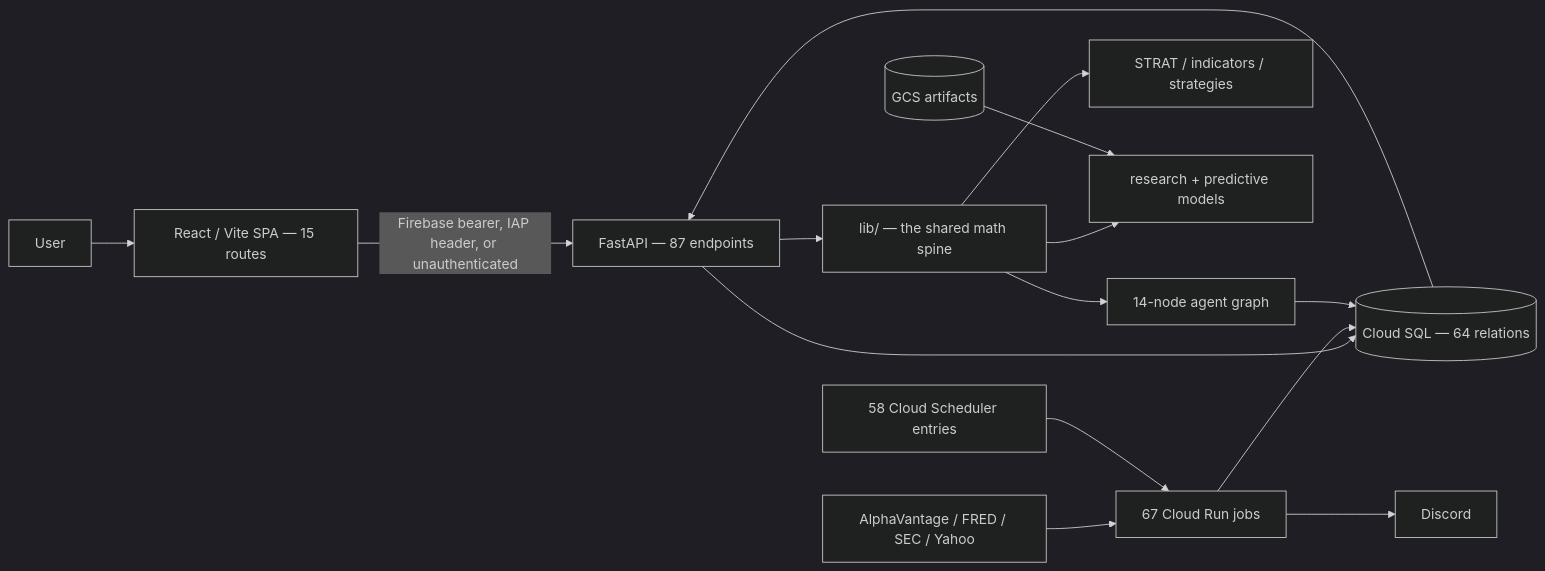
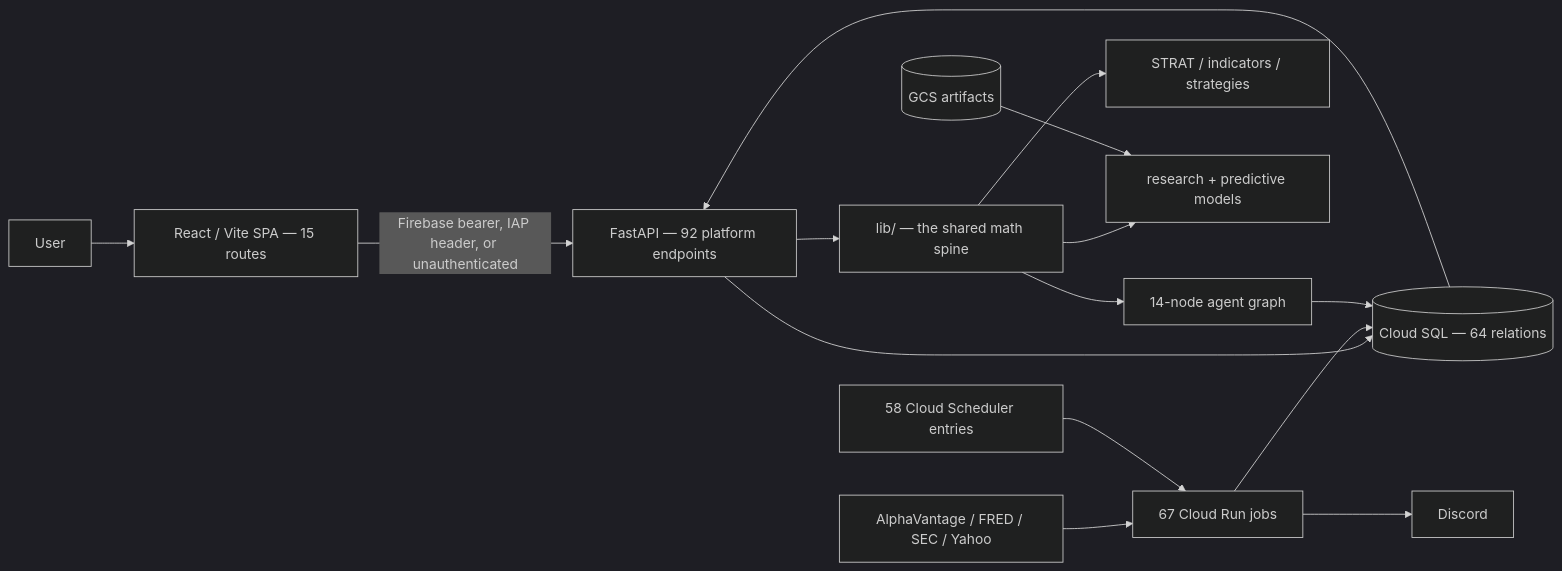
The first of 2 diagrams in docs/product/00-PRODUCT-OVERVIEW.md (TeneikaAskew/stocks), drawn with Mermaid (dark theme) before and after one commit. The commit also changed other lines of this file and 6 other files, not shown here.

````diff
--- a/docs/product/00-PRODUCT-OVERVIEW.md
+++ b/docs/product/00-PRODUCT-OVERVIEW.md
@@ -39,17 +39,17 @@
 ```mermaid
 flowchart LR
  U[User] --> WEB[React / Vite SPA — 15 routes]
- WEB -->|Firebase bearer, IAP header, or unauthenticated| API[FastAPI — 87 endpoints]
+ WEB -->|Firebase bearer, IAP header, or unauthenticated| API[FastAPI — 92 platform endpoints]
  API --> LIB[lib/ — the shared math spine]
  API --> DB[(Cloud SQL — 64 relations)]
  SRC[AlphaVantage / FRED / SEC / Yahoo] --> JOBS[67 Cloud Run jobs]
  SCH[58 Cloud Scheduler entries] --> JOBS
  JOBS --> DB
  LIB --> RULES[STRAT / indicators / strategies]
  LIB --> ML[research + predictive models]
  LIB --> LLM[14-node agent graph]
  LLM --> DB
  JOBS --> DISCORD[Discord]
  DB --> API
  GCS[(GCS artifacts)] --> ML
 ```
````
